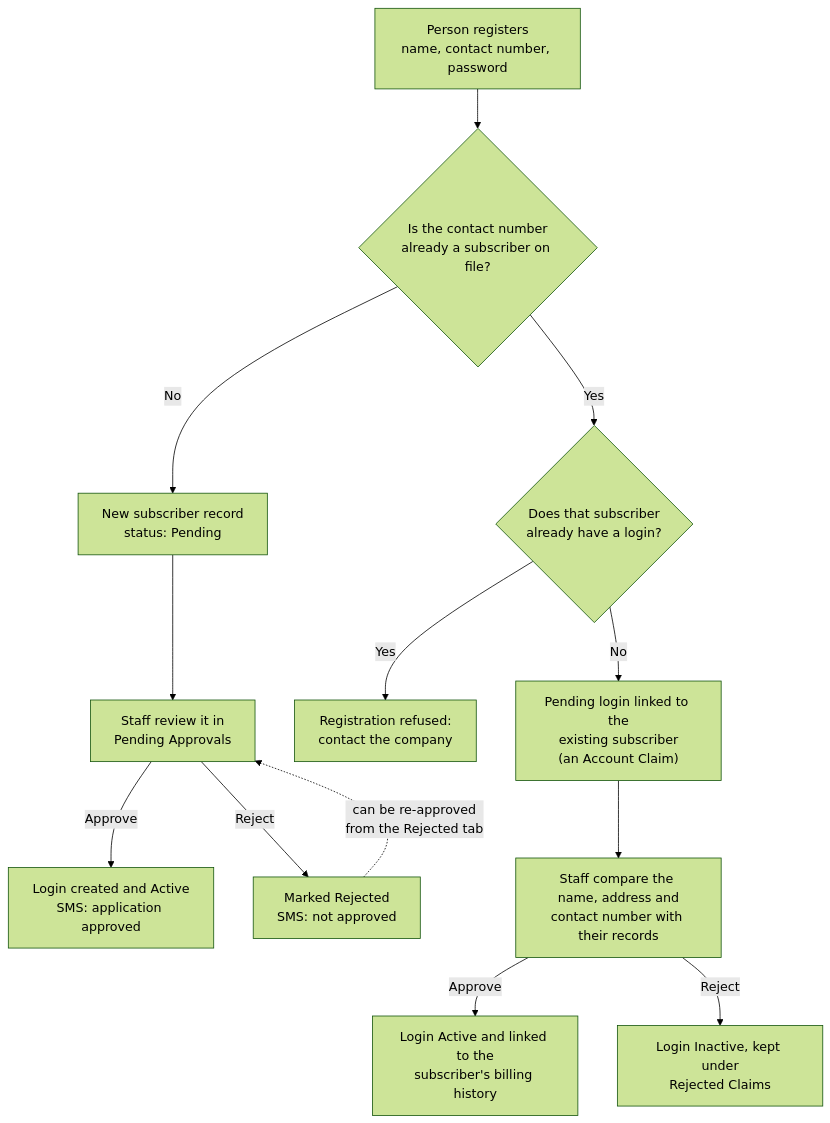
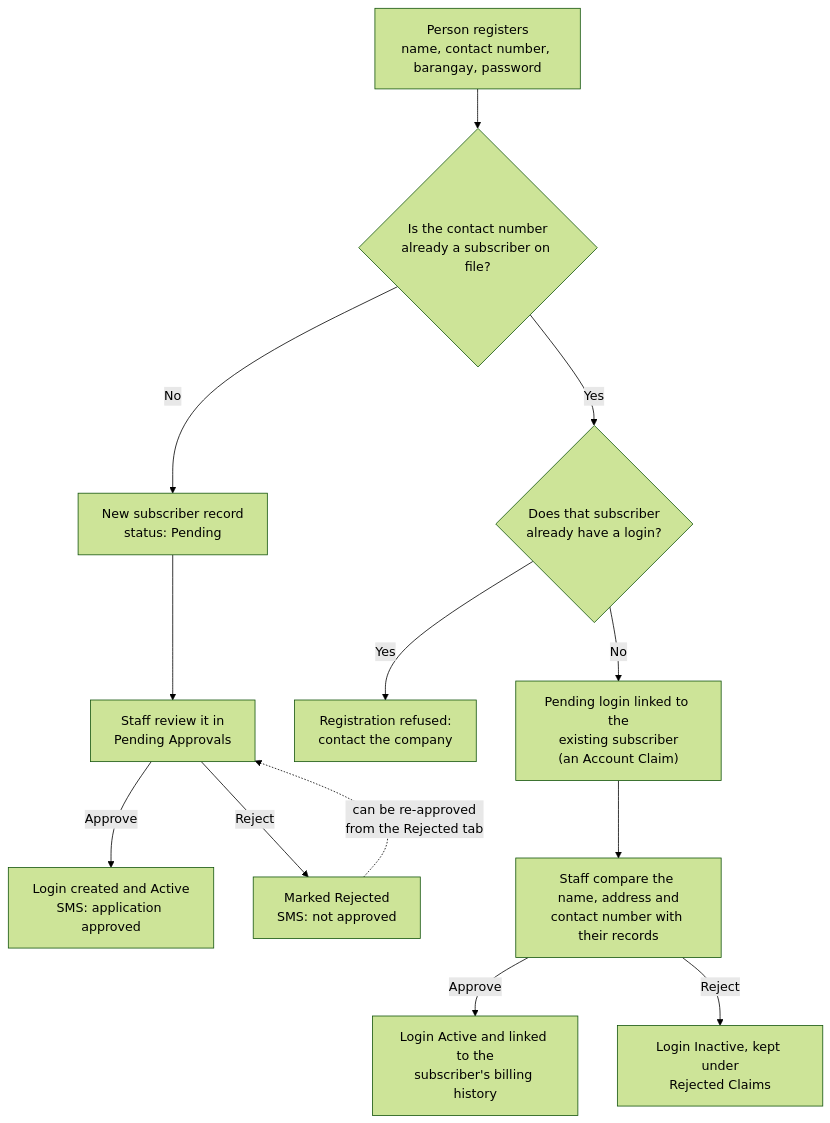
The first of 9 diagrams in docs/flowcharts.md (krulciferikaru/SWIFT), drawn with Mermaid (forest theme) before and after one commit. The commit also changed other lines of this file and 8 other files, not shown here.

````diff
--- a/docs/flowcharts.md
+++ b/docs/flowcharts.md
@@ -11,17 +11,17 @@
 ```mermaid
 flowchart TD
-  A["Person registers<br/>name, contact number, password"] --> B{"Is the contact number<br/>already a subscriber on file?"}
+  A["Person registers<br/>name, contact number, barangay, password"] --> B{"Is the contact number<br/>already a subscriber on file?"}
 
   B -- "No" --> C["New subscriber record<br/>status: Pending"]
   C --> D["Staff review it in<br/>Pending Approvals"]
   D -- "Approve" --> E["Login created and Active<br/>SMS: application approved"]
   D -- "Reject" --> F["Marked Rejected<br/>SMS: not approved"]
   F -. "can be re-approved<br/>from the Rejected tab" .-> D
 
   B -- "Yes" --> G{"Does that subscriber<br/>already have a login?"}
   G -- "Yes" --> H["Registration refused:<br/>contact the company"]
   G -- "No" --> I["Pending login linked to the<br/>existing subscriber<br/>(an Account Claim)"]
   I --> J["Staff compare the name, address and<br/>contact number with their records"]
   J -- "Approve" --> K["Login Active and linked to the<br/>subscriber's billing history"]
   J -- "Reject" --> L["Login Inactive, kept under<br/>Rejected Claims"]
 ```
````
